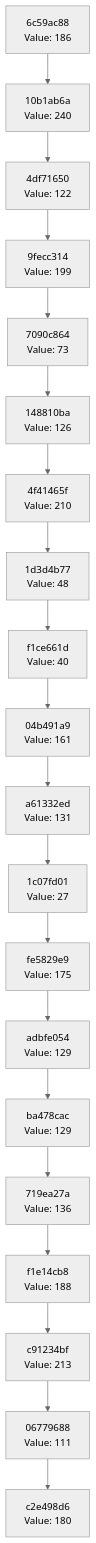
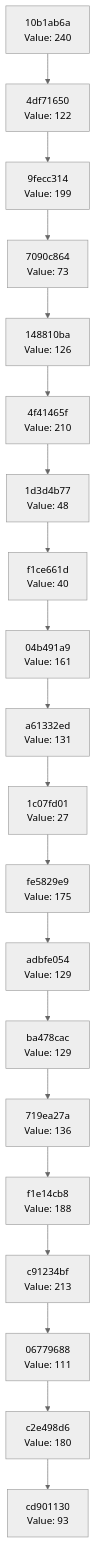
Before and after one commit to Abhisheksinha1506/hash-chain-evolver: the diagram in docs/CHAIN_VISUALIZATION.md, drawn with Mermaid (neutral theme). The commit also changed 2 other files, not shown here.

Commit message:
Evolution step: hash 0x5D → action executed

````diff
--- a/docs/CHAIN_VISUALIZATION.md
+++ b/docs/CHAIN_VISUALIZATION.md
@@ -3,42 +3,42 @@
 ```mermaid
 graph TD
-    C0["c2e498d6<br/>Value: 180"]
-    C1["06779688<br/>Value: 111"]
+    C0["cd901130<br/>Value: 93"]
+    C1["c2e498d6<br/>Value: 180"]
     C1 --> C0
-    C2["c91234bf<br/>Value: 213"]
+    C2["06779688<br/>Value: 111"]
     C2 --> C1
-    C3["f1e14cb8<br/>Value: 188"]
+    C3["c91234bf<br/>Value: 213"]
     C3 --> C2
-    C4["719ea27a<br/>Value: 136"]
+    C4["f1e14cb8<br/>Value: 188"]
     C4 --> C3
-    C5["ba478cac<br/>Value: 129"]
+    C5["719ea27a<br/>Value: 136"]
     C5 --> C4
-    C6["adbfe054<br/>Value: 129"]
+    C6["ba478cac<br/>Value: 129"]
     C6 --> C5
-    C7["fe5829e9<br/>Value: 175"]
+    C7["adbfe054<br/>Value: 129"]
     C7 --> C6
-    C8["1c07fd01<br/>Value: 27"]
+    C8["fe5829e9<br/>Value: 175"]
     C8 --> C7
-    C9["a61332ed<br/>Value: 131"]
+    C9["1c07fd01<br/>Value: 27"]
     C9 --> C8
-    C10["04b491a9<br/>Value: 161"]
+    C10["a61332ed<br/>Value: 131"]
     C10 --> C9
-    C11["f1ce661d<br/>Value: 40"]
+    C11["04b491a9<br/>Value: 161"]
     C11 --> C10
-    C12["1d3d4b77<br/>Value: 48"]
+    C12["f1ce661d<br/>Value: 40"]
     C12 --> C11
-    C13["4f41465f<br/>Value: 210"]
+    C13["1d3d4b77<br/>Value: 48"]
     C13 --> C12
-    C14["148810ba<br/>Value: 126"]
+    C14["4f41465f<br/>Value: 210"]
     C14 --> C13
-    C15["7090c864<br/>Value: 73"]
+    C15["148810ba<br/>Value: 126"]
     C15 --> C14
-    C16["9fecc314<br/>Value: 199"]
+    C16["7090c864<br/>Value: 73"]
     C16 --> C15
-    C17["4df71650<br/>Value: 122"]
+    C17["9fecc314<br/>Value: 199"]
     C17 --> C16
-    C18["10b1ab6a<br/>Value: 240"]
+    C18["4df71650<br/>Value: 122"]
     C18 --> C17
-    C19["6c59ac88<br/>Value: 186"]
+    C19["10b1ab6a<br/>Value: 240"]
     C19 --> C18
 ```
````
